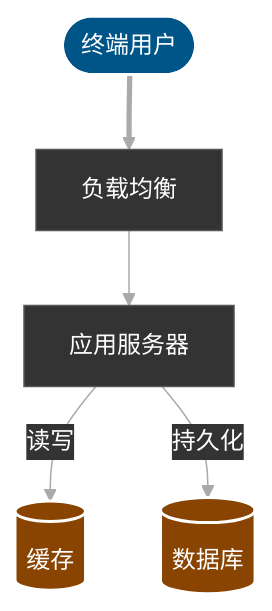
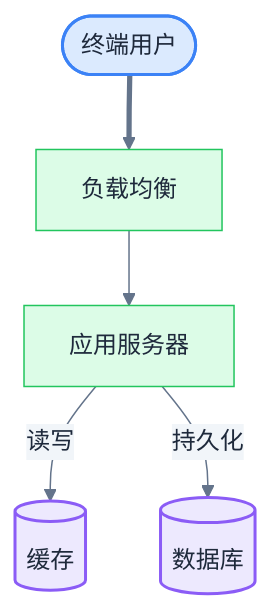
One commit to linqibin0826/patra changed diagram 15 of 15 in patra-api/docs/.claude/memories/mermaid.md. Above: the diagram before and after it, drawn with Mermaid. The commit also changed other lines of this file and 1 other file, not shown here.

First line of the commit message:
docs(memories): 优化图表规范颜色为浅色模式友好的 Tailwind 调色板

````diff
--- a/patra-api/docs/.claude/memories/mermaid.md
+++ b/patra-api/docs/.claude/memories/mermaid.md
@@ -397,34 +432,35 @@
 ```mermaid
 %%{init: {
   'theme': 'base',
   'themeVariables': {
-    'primaryColor': '#202020',
-    'primaryTextColor': '#ffffff',
-    'edgeLabelBackground': '#333333',
-    'lineColor': '#aaaaaa'
+    'primaryColor': '#dbeafe',
+    'primaryTextColor': '#1e293b',
+    'primaryBorderColor': '#3b82f6',
+    'lineColor': '#64748b',
+    'edgeLabelBackground': '#f1f5f9'
   }
 }}%%
 flowchart TD
     %% 节点定义：ID 与标签分离
     User([" 终端用户 "])
     LB[" 负载均衡 "]
     App[" 应用服务器 "]
     Cache[(" 缓存 ")]
     DB[(" 数据库 ")]
 
     %% 关系定义
     User ==> LB
     LB --> App
     App -- 读写 --> Cache
     App -- 持久化 --> DB
 
-    %% 样式类（高对比度）
-    classDef actor fill:#005588,stroke:#ffffff,stroke-width:2px,color:#ffffff;
-    classDef service fill:#333333,stroke:#555555,color:#ffffff;
-    classDef data fill:#884400,stroke:#ffffff,stroke-width:2px,color:#ffffff;
+    %% 样式类（语义化着色）
+    classDef actor fill:#dbeafe,stroke:#3b82f6,stroke-width:2px,color:#1e293b;
+    classDef service fill:#dcfce7,stroke:#22c55e,color:#1e293b;
+    classDef data fill:#ede9fe,stroke:#8b5cf6,stroke-width:2px,color:#1e293b;
 
     %% 应用样式
     class User actor;
     class LB,App service;
     class DB,Cache data;
 ```
````
